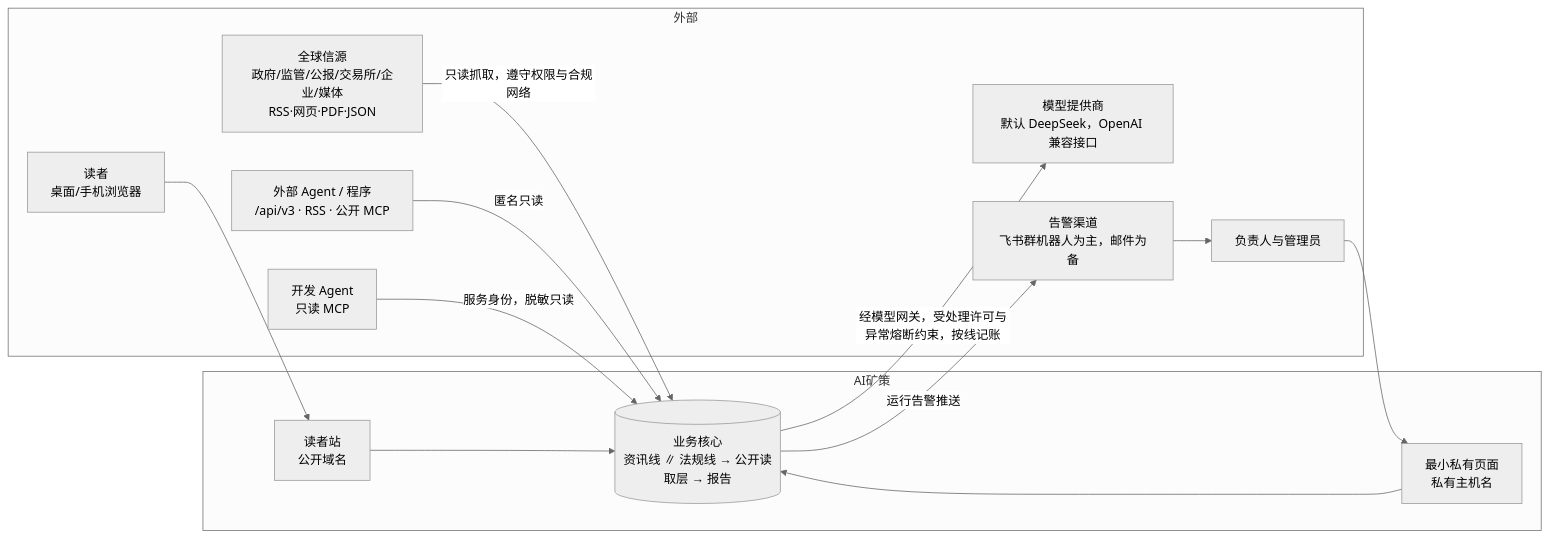
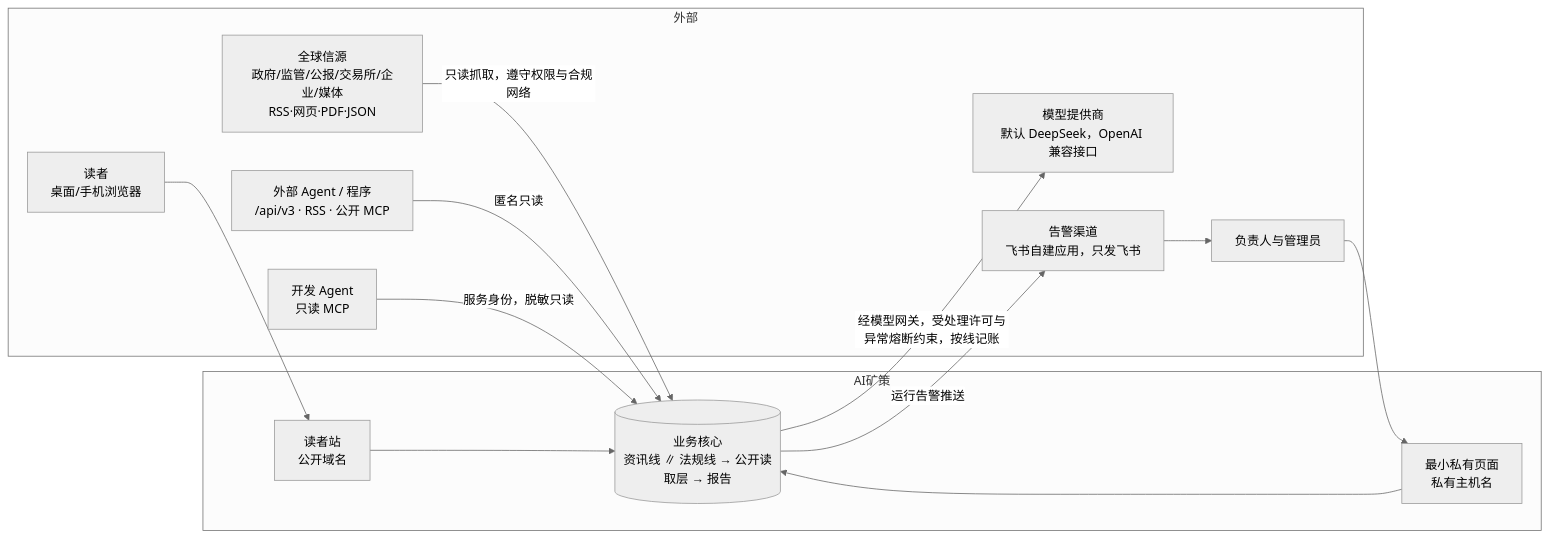
The first of 4 diagrams in docs/04-architecture/01-target-architecture.md (Crhis-CP/AI-MINE), drawn with Mermaid (neutral theme) before and after one commit. The commit also changed other lines of this file and 34 other files, not shown here.

````diff
--- a/docs/04-architecture/01-target-architecture.md
+++ b/docs/04-architecture/01-target-architecture.md
@@ -23,24 +23,24 @@
 ```mermaid
 flowchart LR
   subgraph 外部
     SRC[全球信源<br/>政府/监管/公报/交易所/企业/媒体<br/>RSS·网页·PDF·JSON]
     LLM[模型提供商<br/>默认 DeepSeek，OpenAI 兼容接口]
     READER[读者<br/>桌面/手机浏览器]
     AGENT[外部 Agent / 程序<br/>/api/v3 · RSS · 公开 MCP]
     OWNER[负责人与管理员]
-    ALERT[告警渠道<br/>飞书群机器人为主，邮件为备]
+    ALERT[告警渠道<br/>飞书自建应用，只发飞书]
     DEV[开发 Agent<br/>只读 MCP]
   end
   subgraph AI矿策
     WEB[读者站<br/>公开域名]
     PRIV[最小私有页面<br/>私有主机名]
     CORE[(业务核心<br/>资讯线 ∥ 法规线 → 公开读取层 → 报告)]
   end
   SRC -->|只读抓取，遵守权限与合规网络| CORE
   CORE -->|经模型网关，受处理许可与异常熔断约束，按线记账| LLM
   READER --> WEB --> CORE
   AGENT -->|匿名只读| CORE
   OWNER --> PRIV --> CORE
   CORE -->|运行告警推送| ALERT --> OWNER
   DEV -->|服务身份，脱敏只读| CORE
 ```
````
